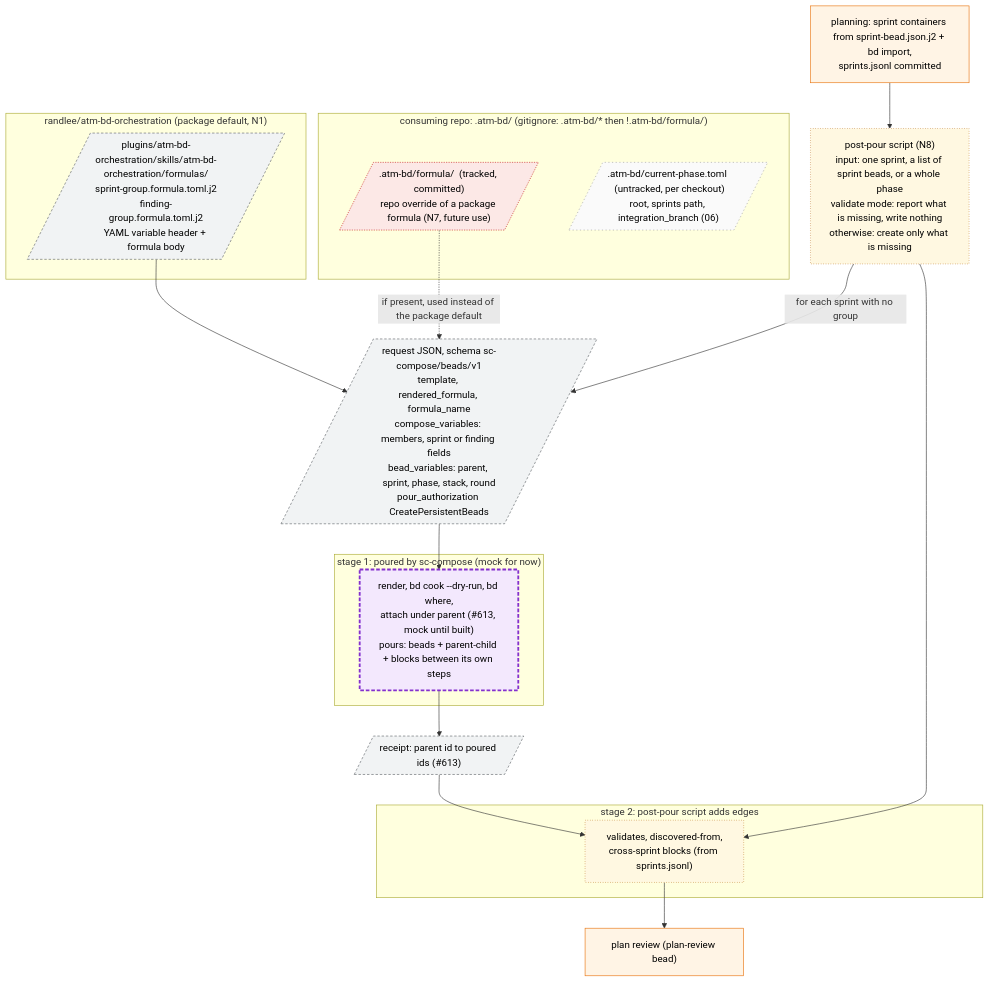
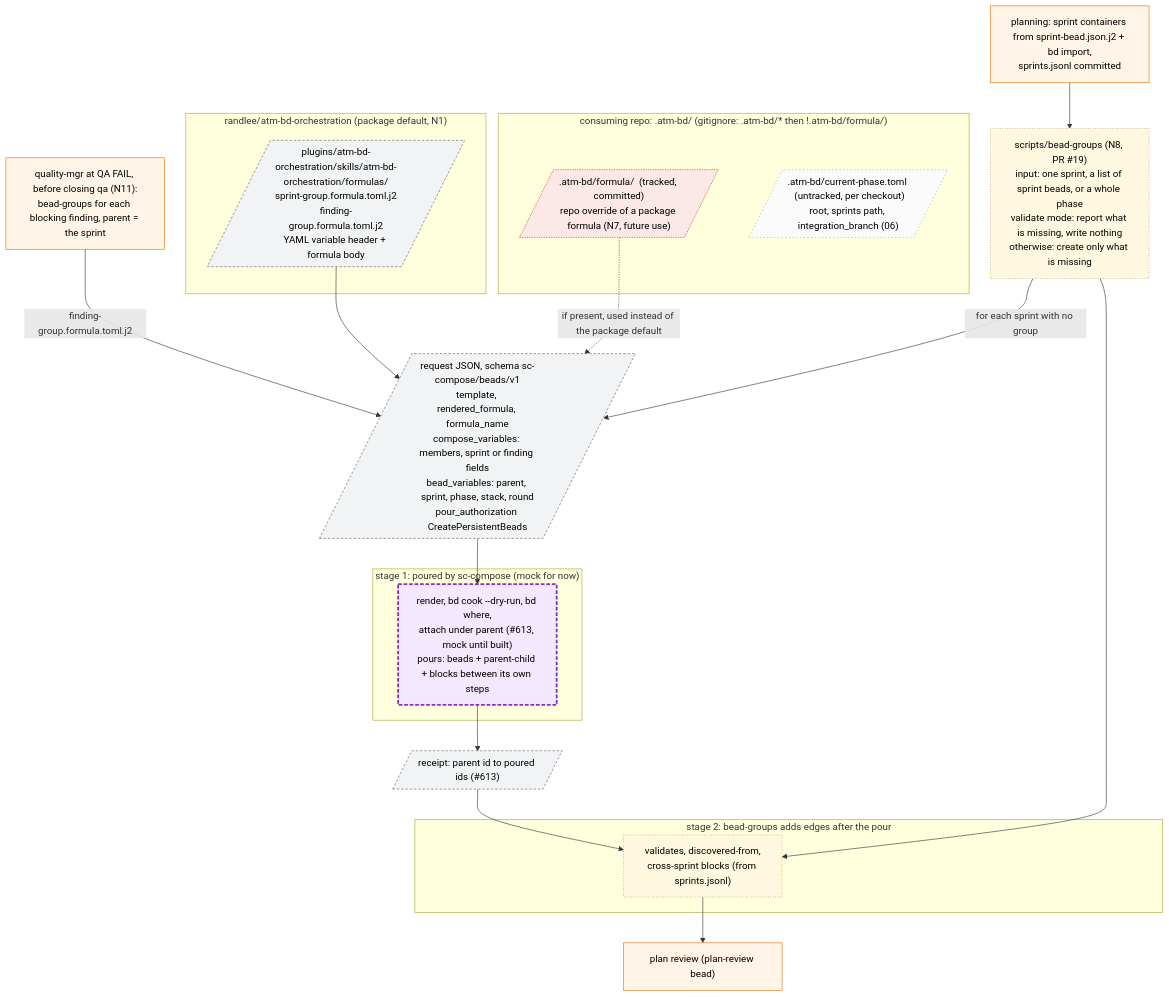
The first of 4 diagrams in docs/diagrams/07-sc-compose-formula.md (randlee/atm-bd-orchestration), drawn with Mermaid before and after one commit. The commit also changed other lines of this file and 6 other files, not shown here.

First line of the commit message:
docs: apply Rand's 2026-10-03 flat fix model to the bead diagrams

````diff
--- a/docs/diagrams/07-sc-compose-formula.md
+++ b/docs/diagrams/07-sc-compose-formula.md
@@ -39,40 +51,42 @@
 ```mermaid
 flowchart TB
   classDef file fill:#f1f3f4,stroke:#5f6368,stroke-dasharray:4 3,color:#000
   classDef untracked fill:#fafafa,stroke:#9e9e9e,stroke-dasharray:2 4,color:#000
   classDef future fill:#fce8e6,stroke:#c5221f,stroke-dasharray:2 2,color:#000
   classDef poured fill:#f3e8fd,stroke:#8430ce,stroke-width:3px,stroke-dasharray:6 3,color:#000
   classDef post fill:#fff8e1,stroke:#b06000,stroke-dasharray:1 3,color:#000
   classDef hand fill:#fff4e5,stroke:#e8710a,color:#000
 
   subgraph PKGREPO["randlee/atm-bd-orchestration (package default, N1)"]
     PKG[/"plugins/atm-bd-orchestration/skills/atm-bd-orchestration/formulas/<br/>sprint-group.formula.toml.j2<br/>finding-group.formula.toml.j2<br/>YAML variable header + formula body"/]:::file
   end
   subgraph ATMBD["consuming repo: .atm-bd/  (gitignore: .atm-bd/* then !.atm-bd/formula/)"]
     OVR[/".atm-bd/formula/  (tracked, committed)<br/>repo override of a package formula (N7, future use)"/]:::future
     TOML[/".atm-bd/current-phase.toml  (untracked, per checkout)<br/>root, sprints path, integration_branch (06)"/]:::untracked
   end
 
   PLAN["planning: sprint containers from sprint-bead.json.j2 + bd import,<br/>sprints.jsonl committed"]:::hand
-  PPS["post-pour script (N8)<br/>input: one sprint, a list of sprint beads, or a whole phase<br/>validate mode: report what is missing, write nothing<br/>otherwise: create only what is missing"]:::post
+  PPS["scripts/bead-groups (N8, PR #19)<br/>input: one sprint, a list of sprint beads, or a whole phase<br/>validate mode: report what is missing, write nothing<br/>otherwise: create only what is missing"]:::post
   REQ[/"request JSON, schema sc-compose/beads/v1<br/>template, rendered_formula, formula_name<br/>compose_variables: members, sprint or finding fields<br/>bead_variables: parent, sprint, phase, stack, round<br/>pour_authorization CreatePersistentBeads"/]:::file
 
   subgraph S1["stage 1: poured by sc-compose (mock for now)"]
     POUR["render, bd cook --dry-run, bd where,<br/>attach under parent (#613, mock until built)<br/>pours: beads + parent-child + blocks between its own steps"]:::poured
   end
   RCPT[/"receipt: parent id to poured ids (#613)"/]:::file
-  subgraph S2["stage 2: post-pour script adds edges"]
+  subgraph S2["stage 2: bead-groups adds edges after the pour"]
     PP["validates, discovered-from,<br/>cross-sprint blocks (from sprints.jsonl)"]:::post
   end
   REVIEW["plan review (plan-review bead)"]:::hand
 
+  QM["quality-mgr at QA FAIL, before closing qa (N11):<br/>bead-groups for each blocking finding, parent = the sprint"]:::hand
   PLAN --> PPS
+  QM -- "finding-group.formula.toml.j2" --> REQ
   PKG --> REQ
   OVR -. "if present, used instead of the package default" .-> REQ
   PPS -- "for each sprint with no group" --> REQ
   REQ --> POUR
   POUR --> RCPT
   RCPT --> PP
   PPS --> PP
   PP --> REVIEW
 ```
````
